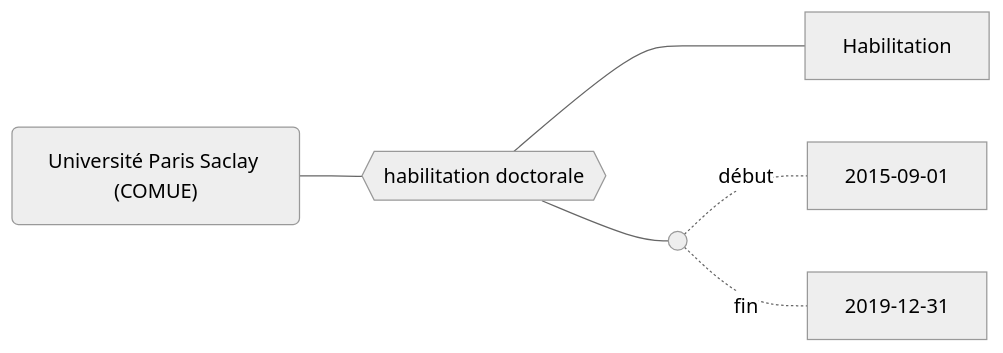
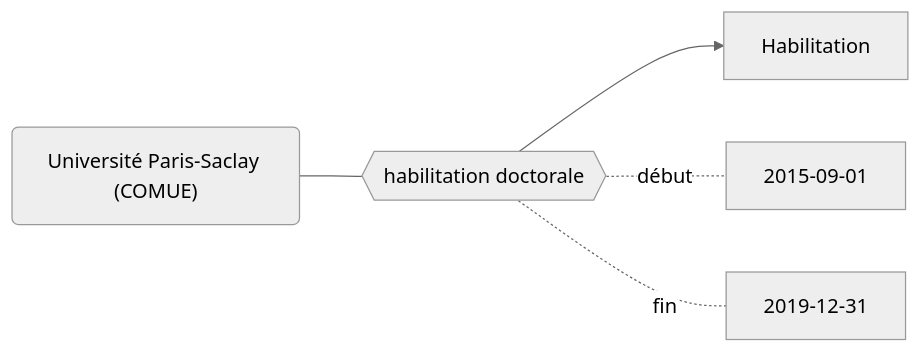
Before and after one commit to abes-esr/movies-doc: the second of 2 diagrams in docs/Modélisation Movies/Bornes chronologiques.md, drawn with Mermaid (neutral theme). The commit also changed other lines of this file and 28 other files, not shown here.

````diff
--- a/docs/Modélisation Movies/Bornes chronologiques.md
+++ b/docs/Modélisation Movies/Bornes chronologiques.md
@@ -59,8 +62,9 @@
 ```mermaid
 graph LR
-    SACL("Université Paris Saclay (COMUE)") --- H{{habilitation doctorale}}
-    H ---- Habilitation
-    H --- _(( ))   
-    _-.-|début| 2015-09-01
-    _-.-|fin| 2019-12-31
+    SACL("Université Paris-Saclay (COMUE)")
+    HAB{{habilitation doctorale}}
+
+    SACL --- HAB --> Habilitation
+    HAB-.-|début| 2015-09-01
+    HAB-.-|fin| 2019-12-31
 ```
````
